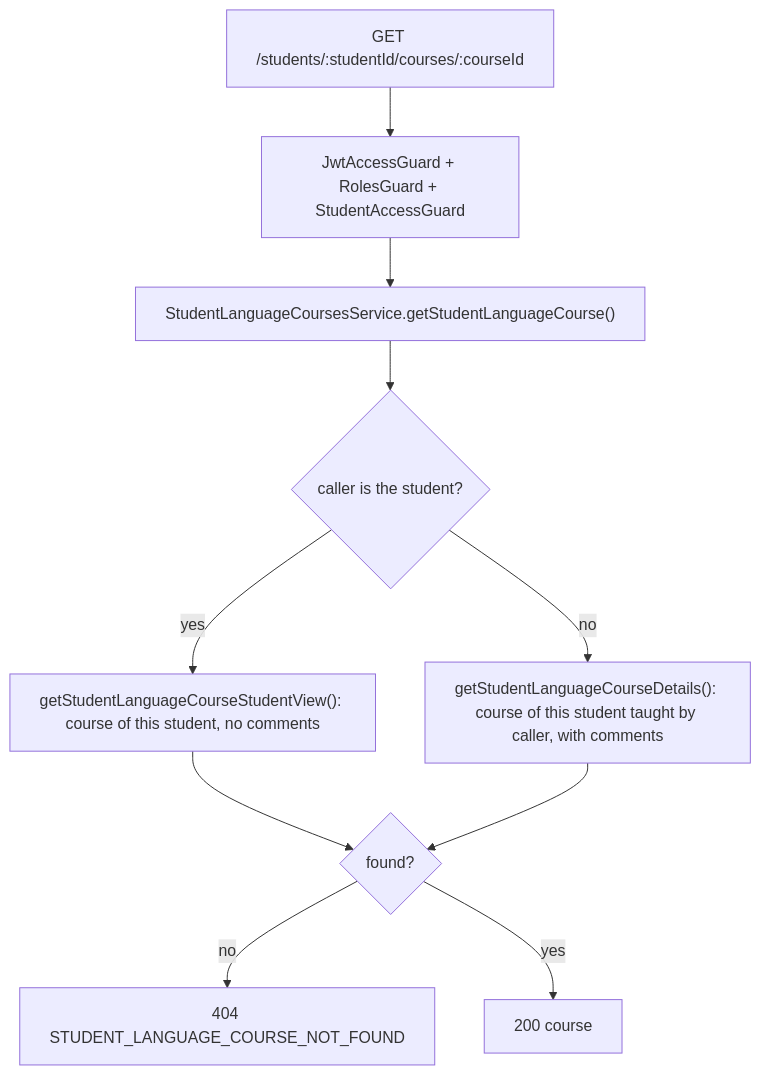
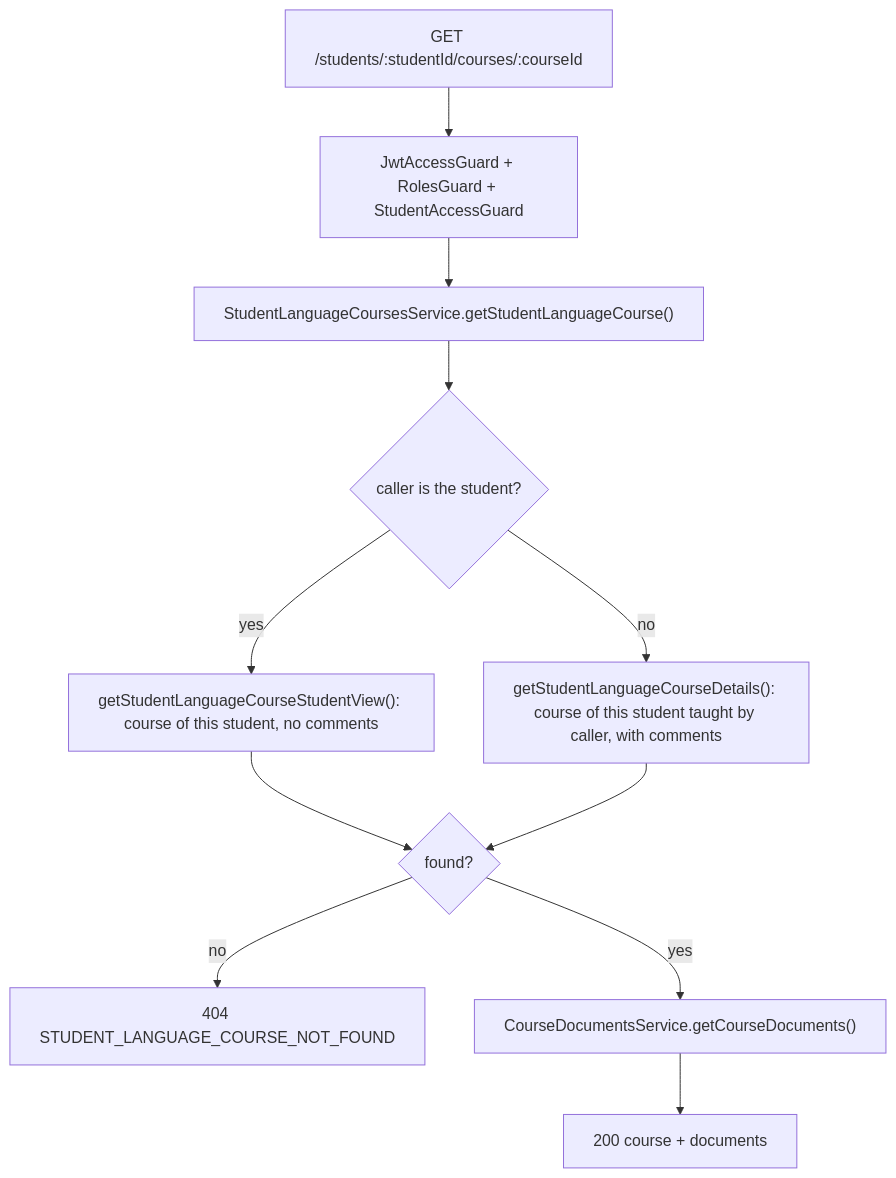
One commit to KaterynaKocheharova/Practice-app changed the third of 4 diagrams in back/docs/students/language-course-endpoints.md. Above: the diagram before and after it, drawn with Mermaid. The commit also changed other lines of this file and 29 other files, not shown here.

````diff
--- a/back/docs/students/language-course-endpoints.md
+++ b/back/docs/students/language-course-endpoints.md
@@ -80,12 +80,13 @@
 ```mermaid
 flowchart TD
   Request["GET /students/:studentId/courses/:courseId"] --> Guards["JwtAccessGuard + RolesGuard + StudentAccessGuard"]
   Guards --> Service["StudentLanguageCoursesService.getStudentLanguageCourse()"]
   Service --> Self{"caller is the student?"}
   Self -- yes --> StudentView["getStudentLanguageCourseStudentView(): course of this student, no comments"]
   Self -- no --> Details["getStudentLanguageCourseDetails(): course of this student taught by caller, with comments"]
   StudentView --> Found{"found?"}
   Details --> Found
   Found -- no --> NotFound["404 STUDENT_LANGUAGE_COURSE_NOT_FOUND"]
-  Found -- yes --> Response["200 course"]
+  Found -- yes --> Documents["CourseDocumentsService.getCourseDocuments()"]
+  Documents --> Response["200 course + documents"]
 ```
````
